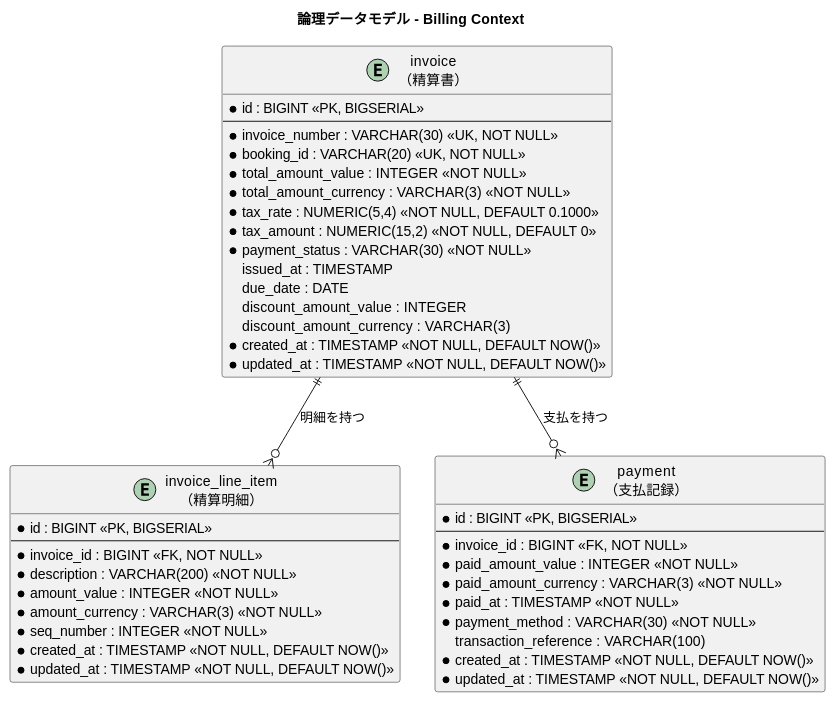
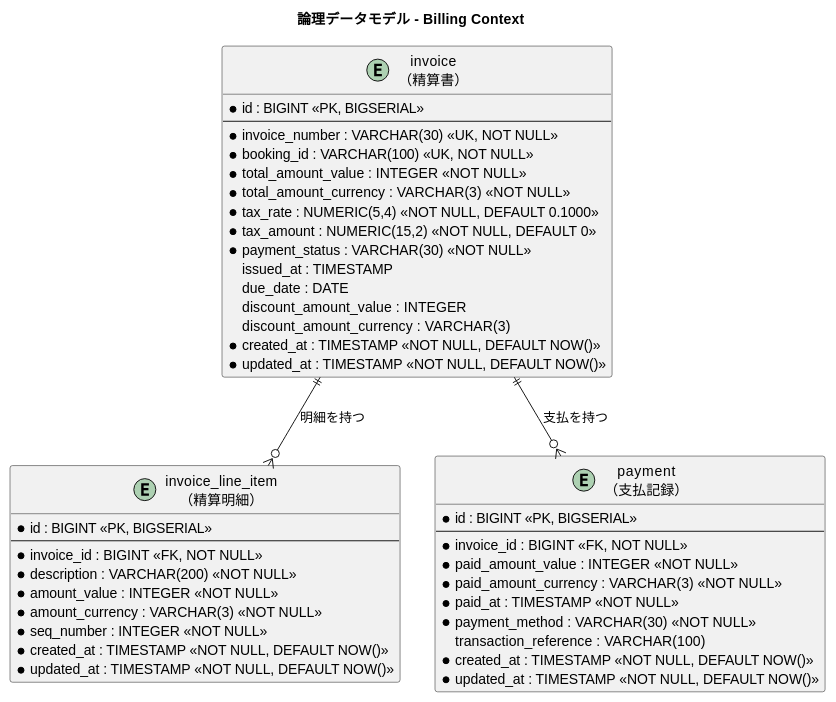
Before and after one commit to k2works/case-study-cargo-tracker: the seventh of 9 diagrams in docs/design/data-model.md, drawn with PlantUML. The commit also changed other lines of this file, not shown here.

First line of the commit message:
docs(design): shipper.id と booking_id の型記述を実装マイグレーションに一致させる

````diff
--- a/docs/design/data-model.md
+++ b/docs/design/data-model.md
@@ -503,52 +503,52 @@
 ```plantuml
 @startuml
 title 論理データモデル - Billing Context
 
 entity "invoice\n（精算書）" as invoice {
   * id : BIGINT <<PK, BIGSERIAL>>
   --
   * invoice_number : VARCHAR(30) <<UK, NOT NULL>>
-  * booking_id : VARCHAR(20) <<UK, NOT NULL>>
+  * booking_id : VARCHAR(100) <<UK, NOT NULL>>
   * total_amount_value : INTEGER <<NOT NULL>>
   * total_amount_currency : VARCHAR(3) <<NOT NULL>>
   * tax_rate : NUMERIC(5,4) <<NOT NULL, DEFAULT 0.1000>>
   * tax_amount : NUMERIC(15,2) <<NOT NULL, DEFAULT 0>>
   * payment_status : VARCHAR(30) <<NOT NULL>>
   issued_at : TIMESTAMP
   due_date : DATE
   discount_amount_value : INTEGER
   discount_amount_currency : VARCHAR(3)
   * created_at : TIMESTAMP <<NOT NULL, DEFAULT NOW()>>
   * updated_at : TIMESTAMP <<NOT NULL, DEFAULT NOW()>>
 }
 
 entity "invoice_line_item\n（精算明細）" as invoice_line_item {
   * id : BIGINT <<PK, BIGSERIAL>>
   --
   * invoice_id : BIGINT <<FK, NOT NULL>>
   * description : VARCHAR(200) <<NOT NULL>>
   * amount_value : INTEGER <<NOT NULL>>
   * amount_currency : VARCHAR(3) <<NOT NULL>>
   * seq_number : INTEGER <<NOT NULL>>
   * created_at : TIMESTAMP <<NOT NULL, DEFAULT NOW()>>
   * updated_at : TIMESTAMP <<NOT NULL, DEFAULT NOW()>>
 }
 
 entity "payment\n（支払記録）" as payment {
   * id : BIGINT <<PK, BIGSERIAL>>
   --
   * invoice_id : BIGINT <<FK, NOT NULL>>
   * paid_amount_value : INTEGER <<NOT NULL>>
   * paid_amount_currency : VARCHAR(3) <<NOT NULL>>
   * paid_at : TIMESTAMP <<NOT NULL>>
   * payment_method : VARCHAR(30) <<NOT NULL>>
   transaction_reference : VARCHAR(100)
   * created_at : TIMESTAMP <<NOT NULL, DEFAULT NOW()>>
   * updated_at : TIMESTAMP <<NOT NULL, DEFAULT NOW()>>
 }
 
 invoice ||--o{ invoice_line_item : "明細を持つ"
 invoice ||--o{ payment : "支払を持つ"
 
 @enduml
 ```
````
